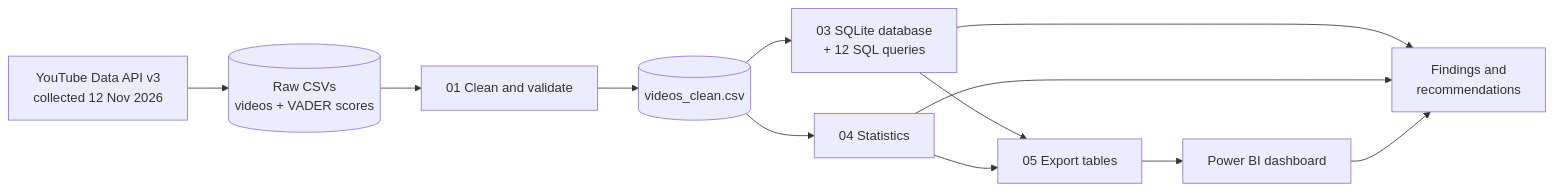
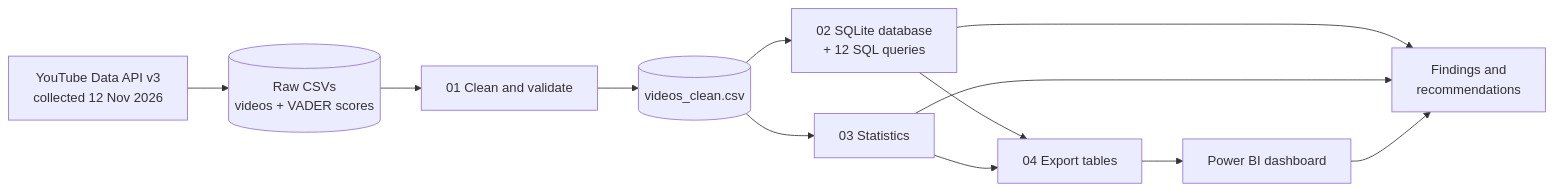
One commit to yuvrajnegii/news-headline-sentiment changed the diagram in docs/architecture.md. Above: the diagram before and after it, drawn with Mermaid.

Commit message:
Fix flowchart step numbers in architecture document

````diff
--- a/docs/architecture.md
+++ b/docs/architecture.md
@@ -3,14 +3,14 @@
 ```mermaid
 flowchart LR
     A["YouTube Data API v3<br/>collected 12 Nov 2026"] --> B[("Raw CSVs<br/>videos + VADER scores")]
     B --> C["01 Clean and validate"]
     C --> D[("videos_clean.csv")]
-    D --> F["03 SQLite database<br/>+ 12 SQL queries"]
-    D --> G["04 Statistics"]
-    F --> H["05 Export tables"]
+    D --> F["02 SQLite database<br/>+ 12 SQL queries"]
+    D --> G["03 Statistics"]
+    F --> H["04 Export tables"]
     G --> H
     H --> I["Power BI dashboard"]
     F --> J["Findings and<br/>recommendations"]
     G --> J
     I --> J
 ```
````
